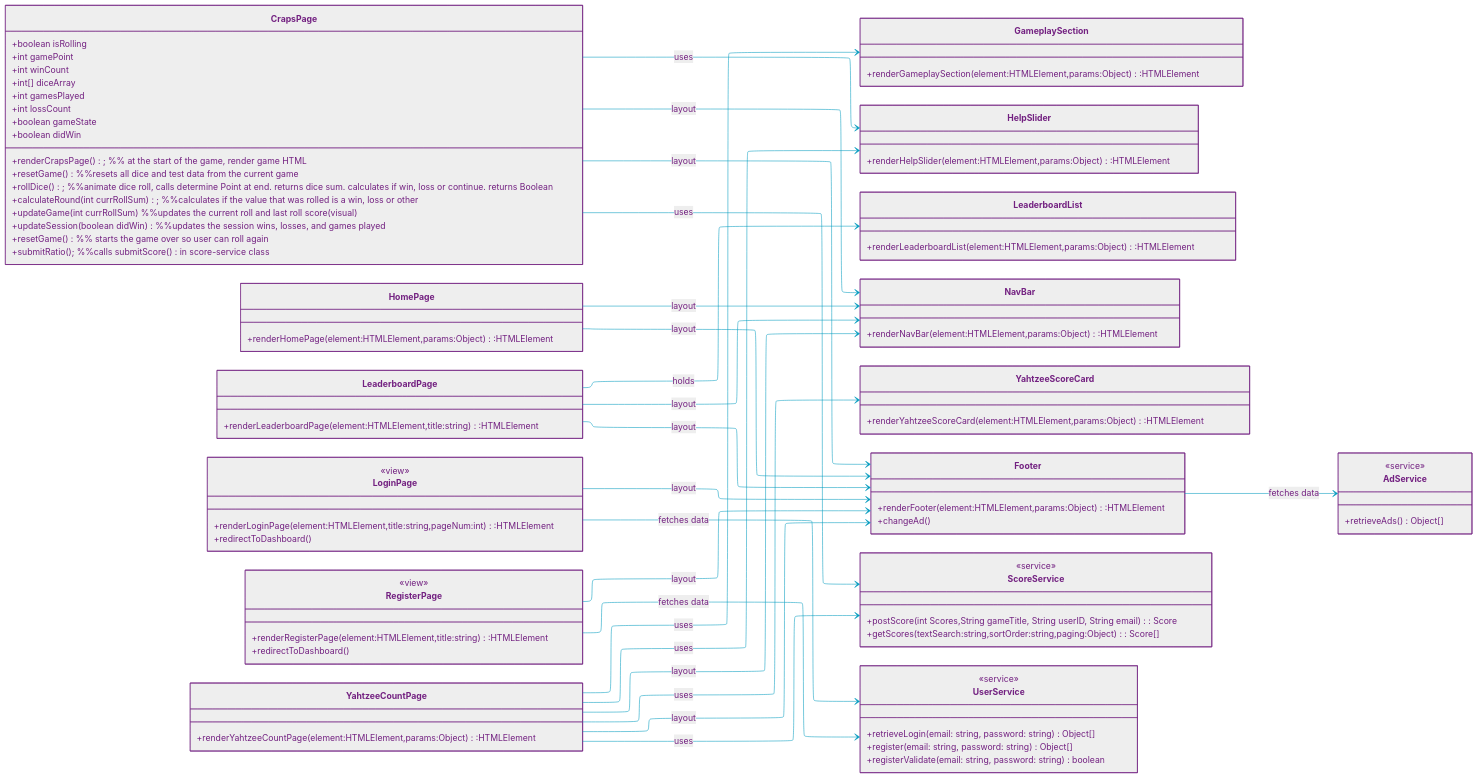
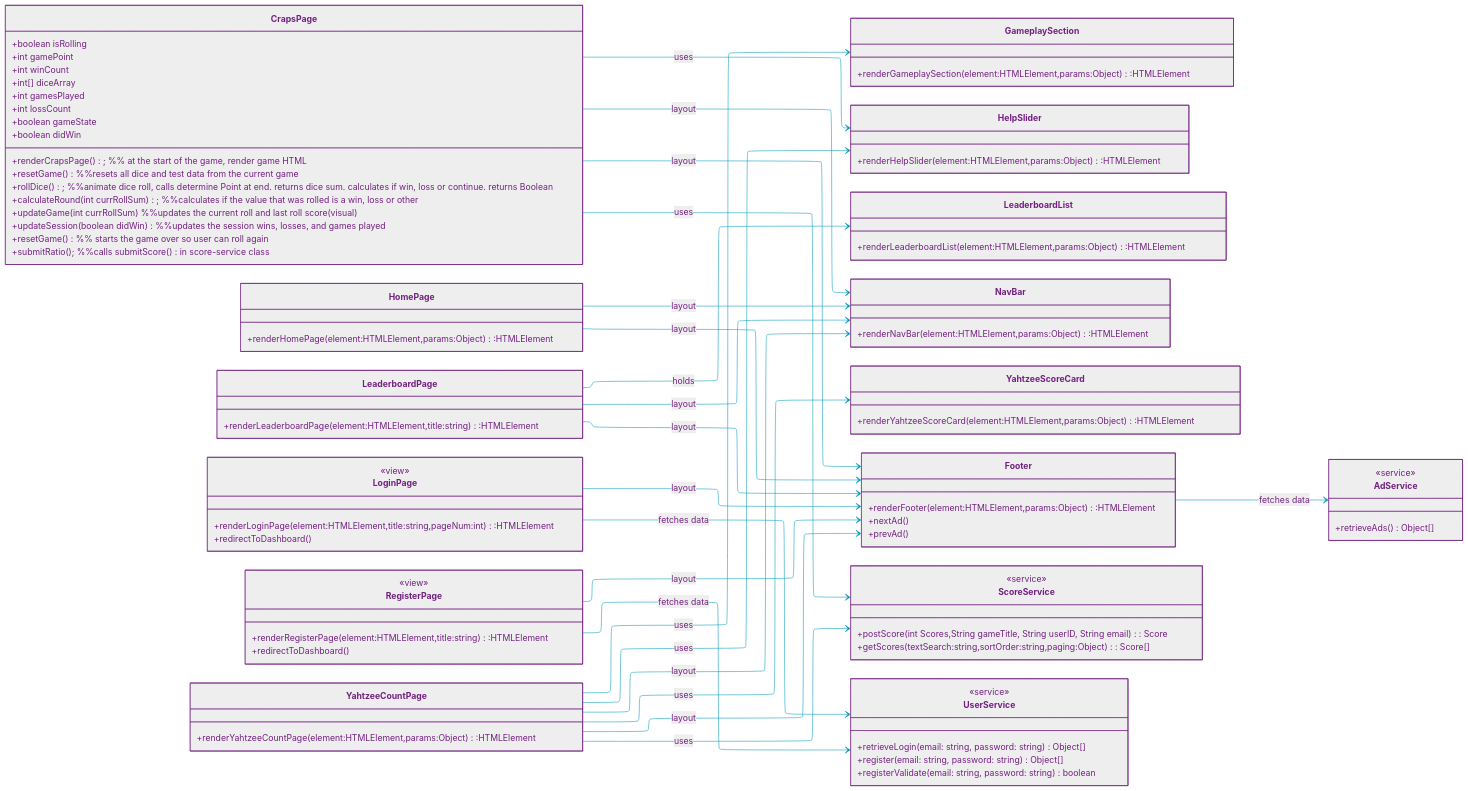
The diagram in uml/icd.md (null-0ne/COSA-195-Gamehub), drawn with Mermaid before and after one commit. The commit also changed 6 other files, not shown here.

Commit message:
Updated seq-story-10 and icd diagram, finished ad-service, implemented footer div in index.html

```diff
--- a/uml/icd.md
+++ b/uml/icd.md
@@ -31,7 +31,8 @@
 
     class Footer{
         +renderFooter(element:HTMLElement,params:Object):HTMLElement
-        +changeAd()
+        +nextAd()
+        +prevAd()
     }
     
     %% ---------LIB -----------%%
```
